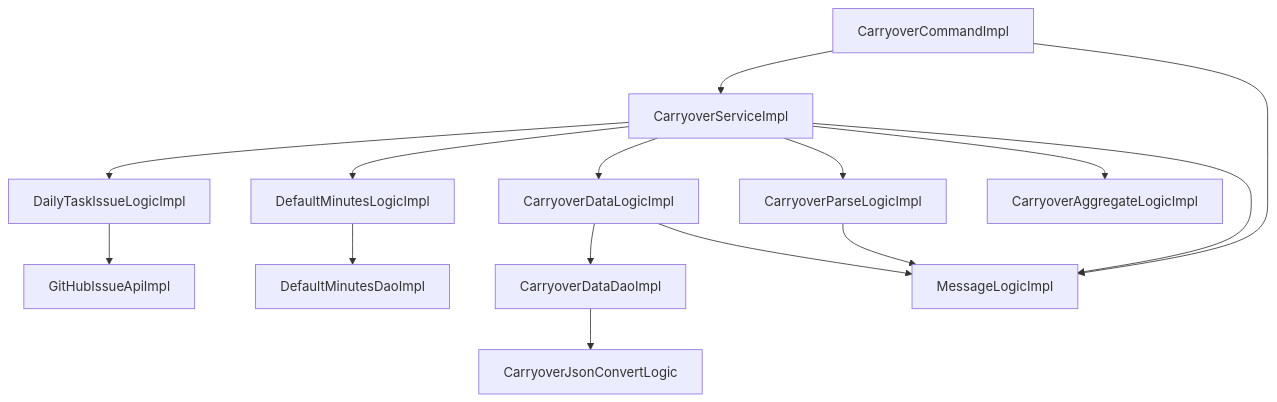
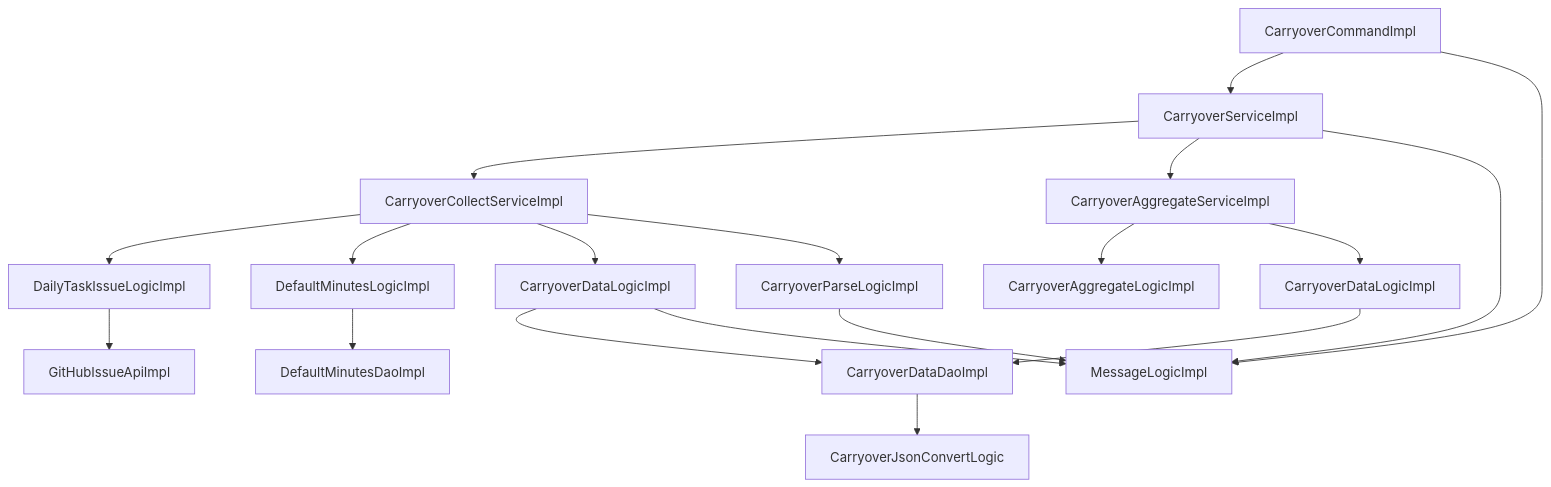
The diagram in docs/design/backend/04-modules.md (KenichiroArai/kb002_daily-tasks_doc), drawn with Mermaid before and after one commit. The commit also changed other lines of this file and 4 other files, not shown here.

````diff
--- a/docs/design/backend/04-modules.md
+++ b/docs/design/backend/04-modules.md
@@ -9,17 +9,21 @@
 ```mermaid
 flowchart TB
   command["CarryoverCommandImpl"] --> service["CarryoverServiceImpl"]
-  service --> issueLogic["DailyTaskIssueLogicImpl"]
-  service --> minutesLogic["DefaultMinutesLogicImpl"]
-  service --> dataLogic["CarryoverDataLogicImpl"]
-  service --> parseLogic["CarryoverParseLogicImpl"]
-  service --> aggregateLogic["CarryoverAggregateLogicImpl"]
+  service --> collectService["CarryoverCollectServiceImpl"]
+  service --> aggregateService["CarryoverAggregateServiceImpl"]
+  collectService --> issueLogic["DailyTaskIssueLogicImpl"]
+  collectService --> minutesLogic["DefaultMinutesLogicImpl"]
+  collectService --> dataLogic["CarryoverDataLogicImpl"]
+  collectService --> parseLogic["CarryoverParseLogicImpl"]
+  aggregateService --> aggregateLogic["CarryoverAggregateLogicImpl"]
+  aggregateService --> summaryData["CarryoverDataLogicImpl"]
   issueLogic --> github["GitHubIssueApiImpl"]
   minutesLogic --> minutesDao["DefaultMinutesDaoImpl"]
   dataLogic --> dataDao["CarryoverDataDaoImpl"]
+  summaryData --> dataDao
   dataLogic --> message["MessageLogicImpl"]
   dataDao --> jsonConvert["CarryoverJsonConvertLogic"]
   parseLogic --> message
   service --> message
   command --> message
 ```
````
